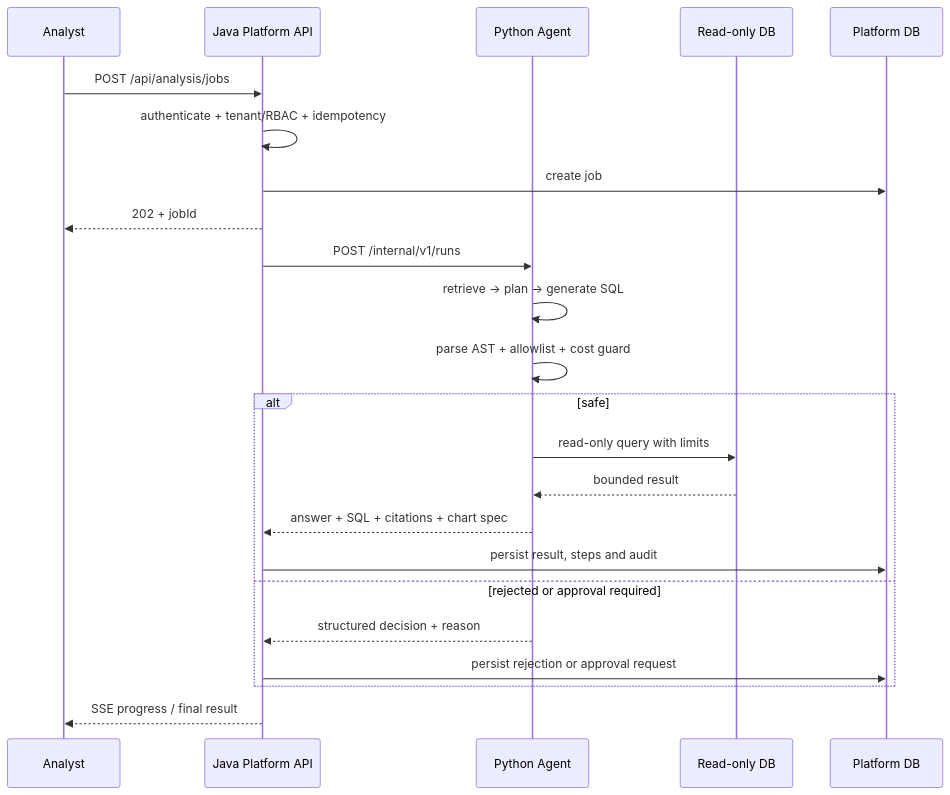
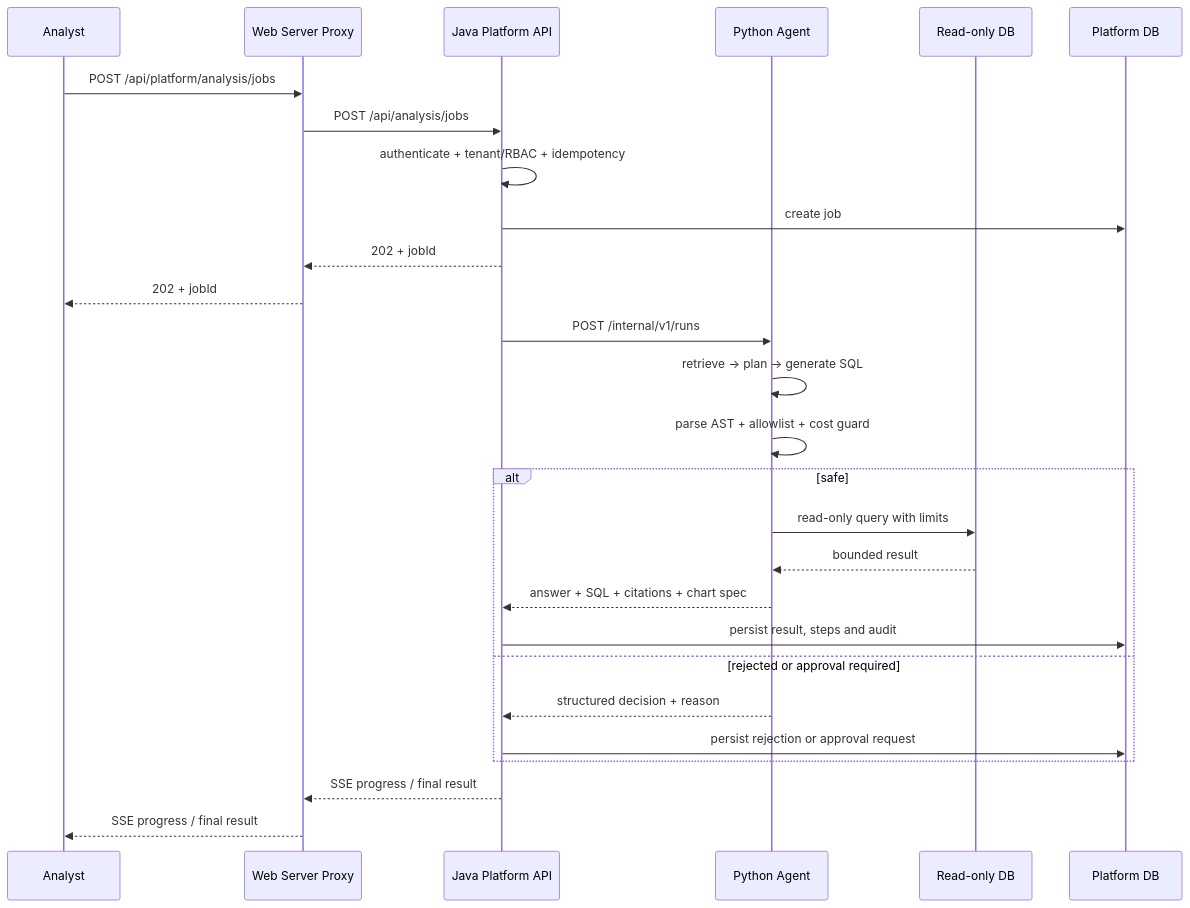
One commit to Colin781/enterprise-data-copilot changed the second of 2 diagrams in docs/architecture.md. Above: the diagram before and after it, drawn with Mermaid. The commit also changed other lines of this file and 100 other files, not shown here.

Commit message:
feat: complete enterprise RAG, GraphRAG, MCP and learning roadmap upgrades

````diff
--- a/docs/architecture.md
+++ b/docs/architecture.md
@@ -83,26 +88,30 @@
 ```mermaid
 sequenceDiagram
     participant U as Analyst
+    participant W as Web Server Proxy
     participant J as Java Platform API
     participant P as Python Agent
     participant D as Read-only DB
     participant S as Platform DB
 
-    U->>J: POST /api/analysis/jobs
+    U->>W: POST /api/platform/analysis/jobs
+    W->>J: POST /api/analysis/jobs
     J->>J: authenticate + tenant/RBAC + idempotency
     J->>S: create job
-    J-->>U: 202 + jobId
+    J-->>W: 202 + jobId
+    W-->>U: 202 + jobId
     J->>P: POST /internal/v1/runs
     P->>P: retrieve → plan → generate SQL
     P->>P: parse AST + allowlist + cost guard
     alt safe
         P->>D: read-only query with limits
         D-->>P: bounded result
         P-->>J: answer + SQL + citations + chart spec
         J->>S: persist result, steps and audit
     else rejected or approval required
         P-->>J: structured decision + reason
         J->>S: persist rejection or approval request
     end
-    J-->>U: SSE progress / final result
+    J-->>W: SSE progress / final result
+    W-->>U: SSE progress / final result
 ```
````
